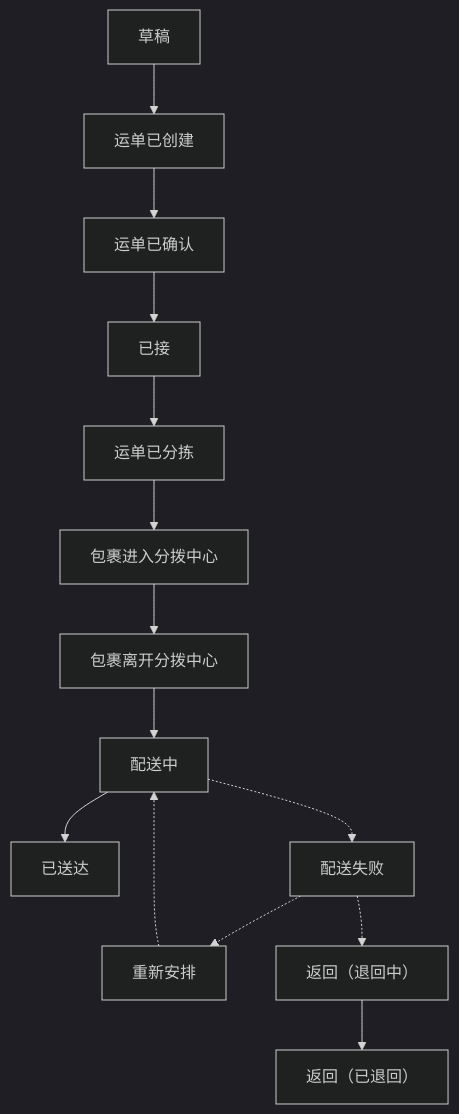
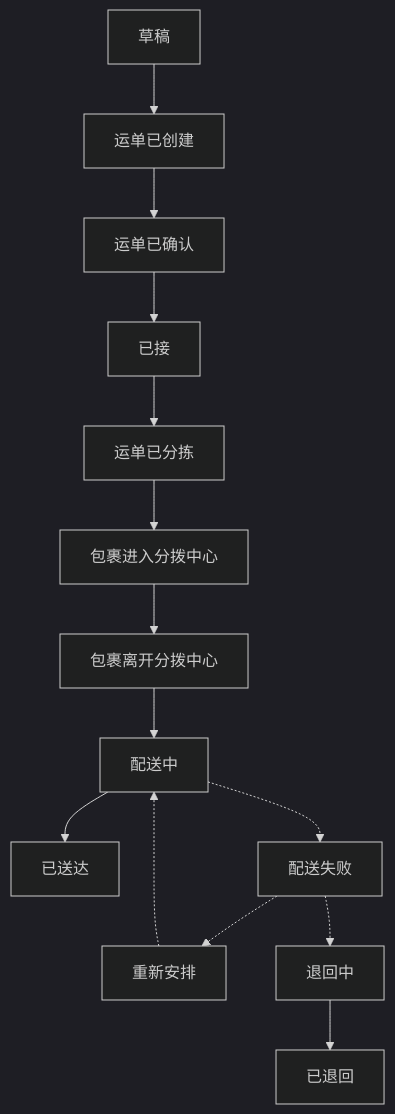
Before and after one commit to szyfkj/alpha-docs: the diagram in guide/tms/waybills/statuses.md, drawn with Mermaid (dark theme). The commit also changed other lines of this file and 8 other files, not shown here.

````diff
--- a/guide/tms/waybills/statuses.md
+++ b/guide/tms/waybills/statuses.md
@@ -14,17 +14,17 @@
 ```mermaid
 flowchart TD
     draft["草稿"] --> created["运单已创建"]
     created --> accepted["运单已确认"]
     accepted --> picked["已接"]
     picked --> sorted["运单已分拣"]
     sorted --> hubin["包裹进入分拨中心"]
     hubin --> hubout["包裹离开分拨中心"]
     hubout --> delivering["配送中"]
     delivering --> delivered["已送达"]
 
     delivering -.-> failed["配送失败"]
     failed -.-> rescheduled["重新安排"]
     rescheduled -.-> delivering
-    failed -.-> returning["返回（退回中）"]
-    returning --> returned["返回（已退回）"]
+    failed -.-> returning["退回中"]
+    returning --> returned["已退回"]
 ```
````
